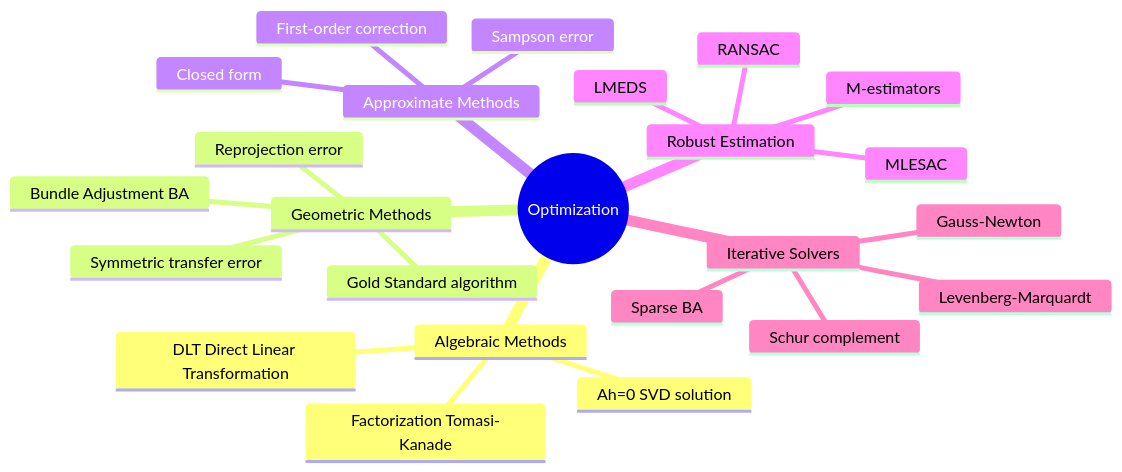
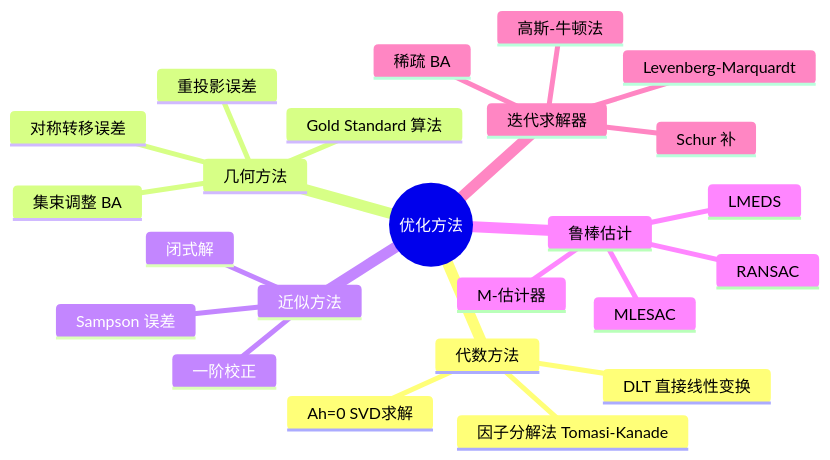
Before and after one commit to dull-bird/book_3d_cv: the first of 2 diagrams in src/00_basics/06_optimization.md, drawn with Mermaid. The commit also changed other lines of this file and 4 other files, not shown here.

First line of the commit message:
feat: 全部mermaid转为TD方向并使用中文(四象限图除外)

````diff
--- a/src/00_basics/06_optimization.md
+++ b/src/00_basics/06_optimization.md
@@ -37,27 +37,27 @@
 ```mermaid
 mindmap
-  root((Optimization))
-    Algebraic Methods
-      DLT Direct Linear Transformation
-      Ah=0 SVD solution
-      Factorization Tomasi-Kanade
-    Geometric Methods
-      Reprojection error
-      Symmetric transfer error
-      Gold Standard algorithm
-      Bundle Adjustment BA
-    Approximate Methods
-      Sampson error
-      First-order correction
-      Closed form
-    Robust Estimation
+  root((优化方法))
+    代数方法
+      DLT 直接线性变换
+      Ah=0 SVD求解
+      因子分解法 Tomasi-Kanade
+    几何方法
+      重投影误差
+      对称转移误差
+      Gold Standard 算法
+      集束调整 BA
+    近似方法
+      Sampson 误差
+      一阶校正
+      闭式解
+    鲁棒估计
       RANSAC
-      M-estimators
+      M-估计器
       MLESAC
       LMEDS
-    Iterative Solvers
-      Gauss-Newton
+    迭代求解器
+      高斯-牛顿法
       Levenberg-Marquardt
-      Schur complement
-      Sparse BA
+      Schur 补
+      稀疏 BA
 ```
````
